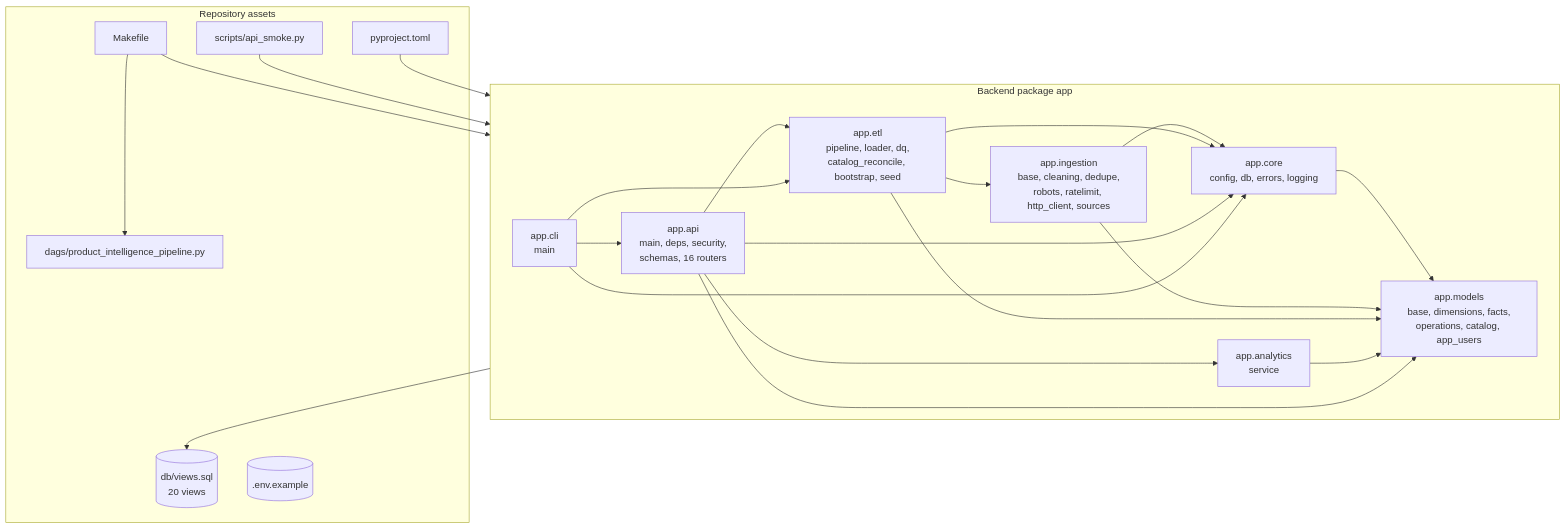
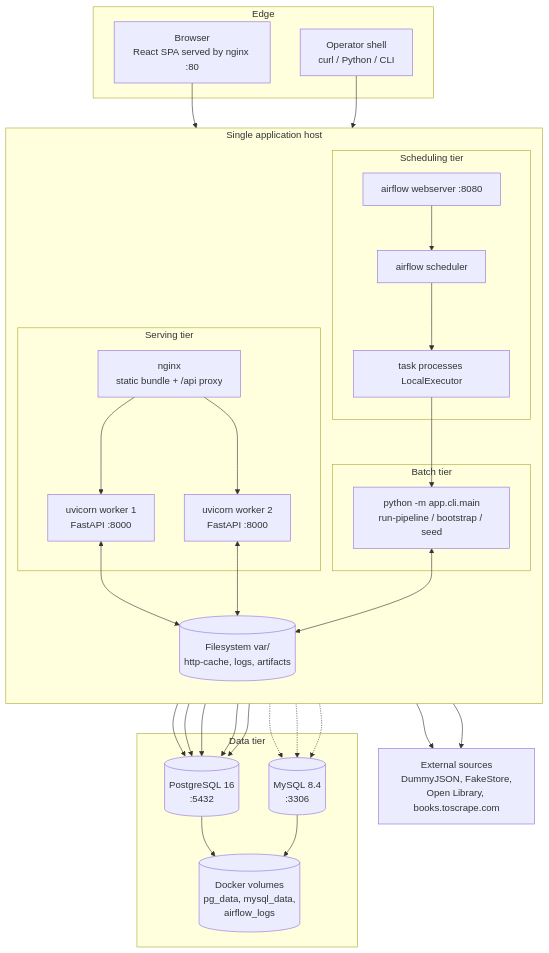
One commit to Ahmedbakr78/Web-to-Warehouse-Product-Intelligence-Pipeline changed the diagram in docs/diagrams/out/docs-13_deployment_51.mmd. Above: the diagram before and after it, drawn with Mermaid. The commit also changed 187 other files, not shown here.

```diff
--- a/docs/diagrams/out/docs-13_deployment_51.mmd
+++ b/docs/diagrams/out/docs-13_deployment_51.mmd
@@ -1,41 +1,55 @@
 
 flowchart TB
-    subgraph BACK["Backend package app"]
-        direction LR
-        CORE["app.core<br/>config, db, errors, logging"]
-        ING["app.ingestion<br/>base, cleaning, dedupe,<br/>robots, ratelimit, http_client, sources"]
-        ETL["app.etl<br/>pipeline, loader, dq,<br/>catalog_reconcile, bootstrap, seed"]
-        ANA["app.analytics<br/>service"]
-        API["app.api<br/>main, deps, security,<br/>schemas, 16 routers"]
-        MODELS["app.models<br/>base, dimensions, facts,<br/>operations, catalog, app_users"]
-        CLIM["app.cli<br/>main"]
+    subgraph EDGE["Edge"]
+        B["Browser<br/>React SPA served by nginx :80"]
+        CLI["Operator shell<br/>curl / Python / CLI"]
     end
 
-    subgraph ASSETS["Repository assets"]
-        SQL[("db/views.sql<br/>20 views")]
-        DAG["dags/product_intelligence_pipeline.py"]
-        MK["Makefile"]
-        ENV[(".env.example")]
-        SMOKE["scripts/api_smoke.py"]
-        CFG["pyproject.toml"]
+    subgraph HOST["Single application host"]
+        direction TB
+        subgraph SERVE["Serving tier"]
+            NG["nginx<br/>static bundle + /api proxy"]
+            API1["uvicorn worker 1<br/>FastAPI :8000"]
+            API2["uvicorn worker 2<br/>FastAPI :8000"]
+        end
+        subgraph SCHED["Scheduling tier"]
+            AFB["airflow webserver :8080"]
+            AFS["airflow scheduler"]
+            AFX["task processes LocalExecutor"]
+        end
+        subgraph JOBS["Batch tier"]
+            JOB["python -m app.cli.main<br/>run-pipeline / bootstrap / seed"]
+        end
+        FS[("Filesystem var/<br/>http-cache, logs, artifacts")]
     end
 
-    CORE --> MODELS
-    ING --> CORE
-    ING --> MODELS
-    ETL --> CORE
-    ETL --> ING
-    ETL --> MODELS
-    ANA --> MODELS
-    API --> ANA
-    API --> ETL
-    API --> MODELS
-    API --> CORE
-    CLIM --> ETL
-    CLIM --> API
-    CLIM --> CORE
-    ETL --> SQL
-    MK --> CLIM
-    MK --> DAG
-    SMOKE --> API
-    CFG --> CORE
+    subgraph DATA["Data tier"]
+        PG[("PostgreSQL 16<br/>:5432")]
+        MY[("MySQL 8.4<br/>:3306")]
+        VOL[("Docker volumes<br/>pg_data, mysql_data,<br/>airflow_logs")]
+    end
+
+    EXT["External sources<br/>DummyJSON, FakeStore,<br/>Open Library, books.toscrape.com"]
+
+    B --> NG
+    NG --> API1
+    NG --> API2
+    CLI --> API1
+    AFB --> AFS
+    AFS --> AFX
+    AFX --> JOB
+    API1 --> PG
+    API2 --> PG
+    API1 -.-> MY
+    API2 -.-> MY
+    AFB --> PG
+    AFX --> PG
+    JOB --> PG
+    JOB -.-> MY
+    PG --> VOL
+    MY --> VOL
+    API1 <--> FS
+    API2 <--> FS
+    JOB <--> FS
+    AFX --> EXT
+    JOB --> EXT
```
